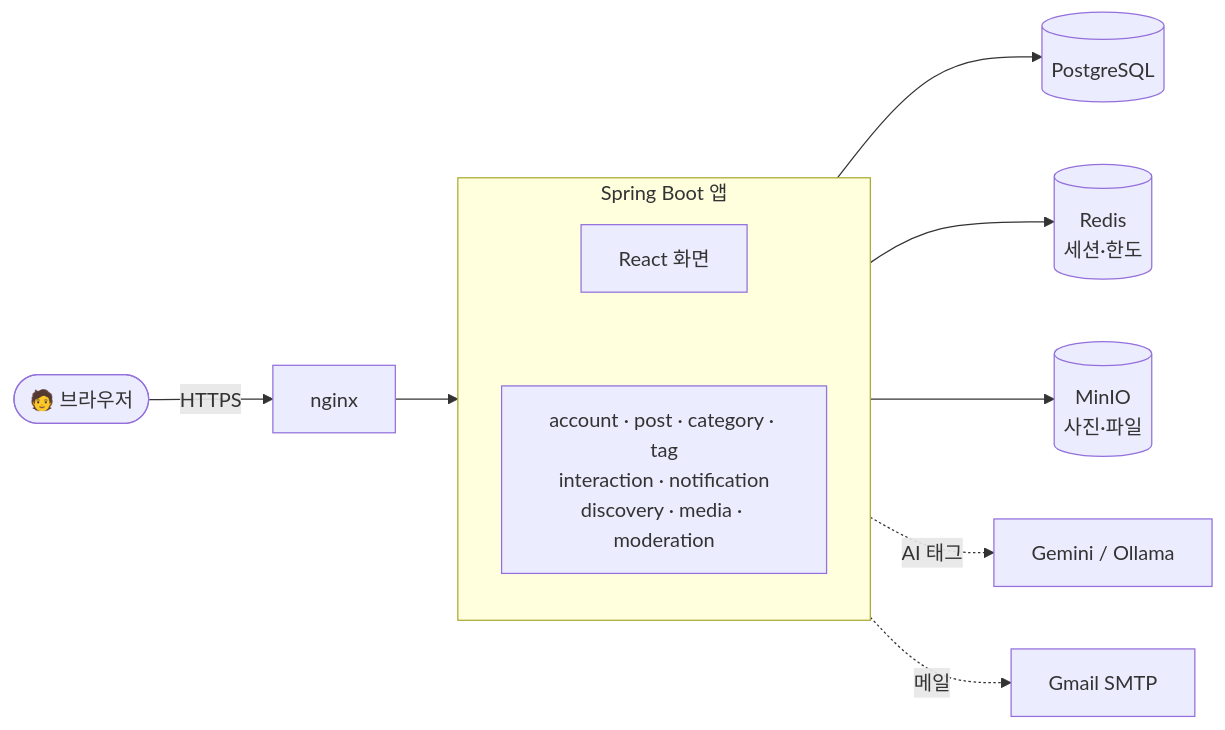
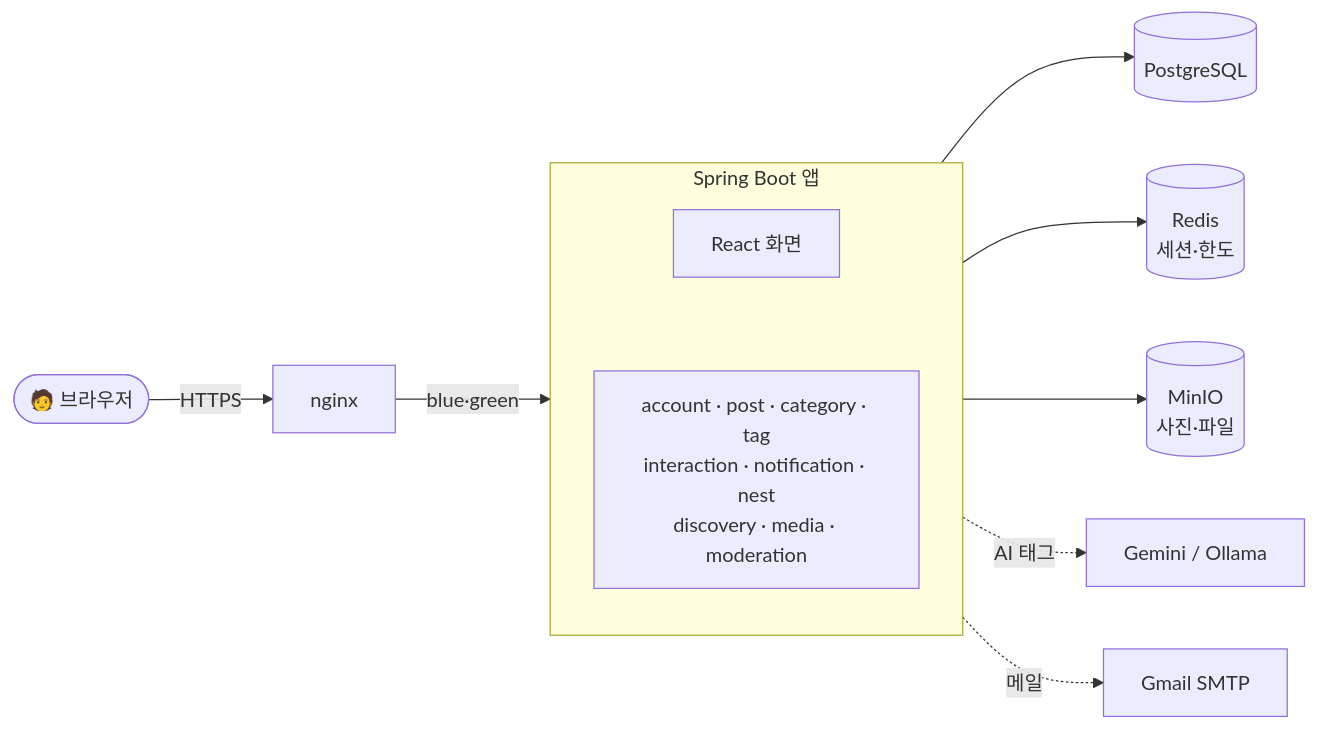
The first of 2 diagrams in README.md (AIGJ006/.github), drawn with Mermaid before and after one commit. The commit also changed other lines of this file, not shown here.

````diff
--- a/README.md
+++ b/README.md
@@ -109,15 +123,15 @@
 ```mermaid
 flowchart LR
   U([🧑 브라우저]) -->|HTTPS| N[nginx]
-  N --> A
+  N -->|blue·green| A
   subgraph A[Spring Boot 앱]
     direction TB
     F[React 화면] ~~~ M
-    M[account · post · category · tag<br/>interaction · notification<br/>discovery · media · moderation]
+    M[account · post · category · tag<br/>interaction · notification · nest<br/>discovery · media · moderation]
   end
   A --> P[(PostgreSQL)]
   A --> R[(Redis<br/>세션·한도)]
   A --> S[(MinIO<br/>사진·파일)]
   A -.AI 태그.-> G[Gemini / Ollama]
   A -.메일.-> E[Gmail SMTP]
 ```
````
